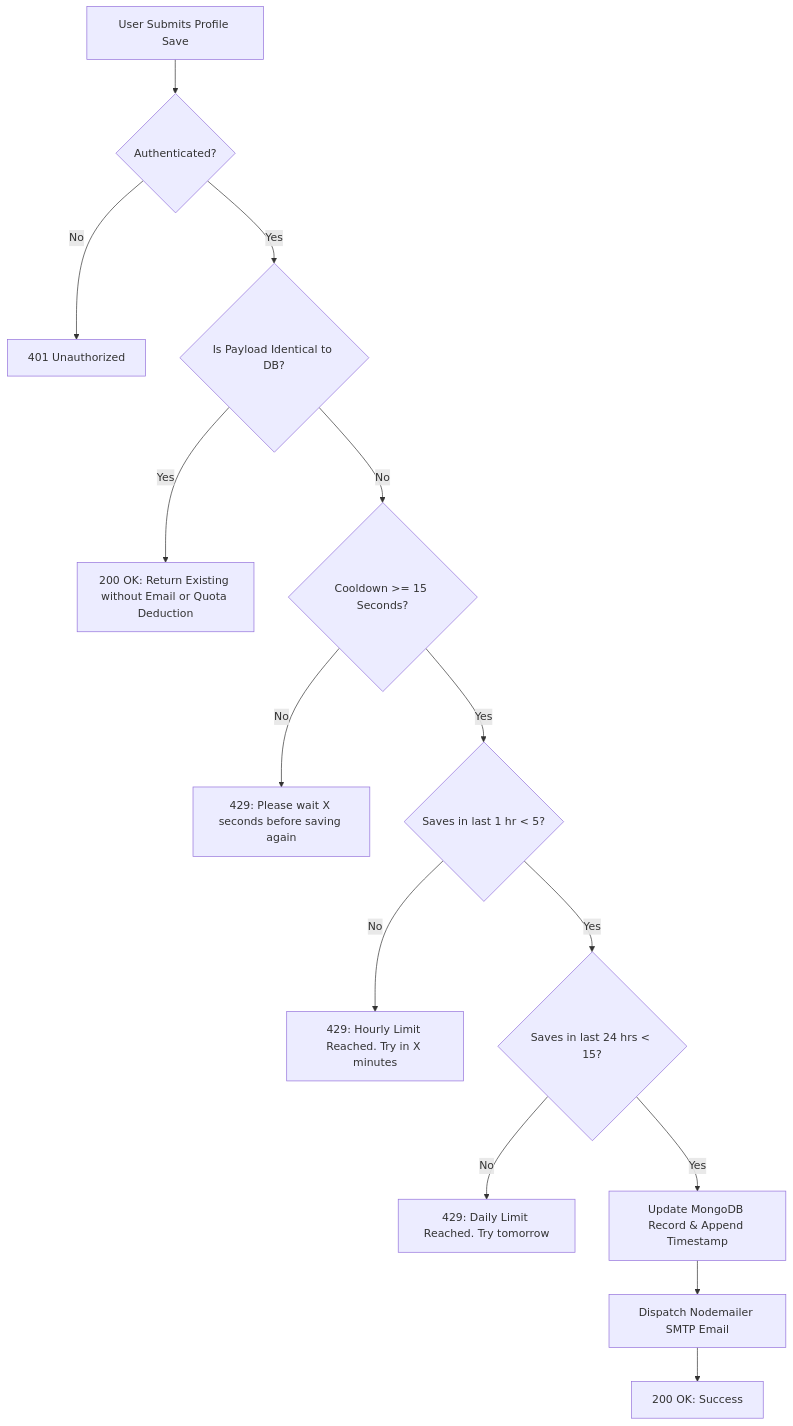
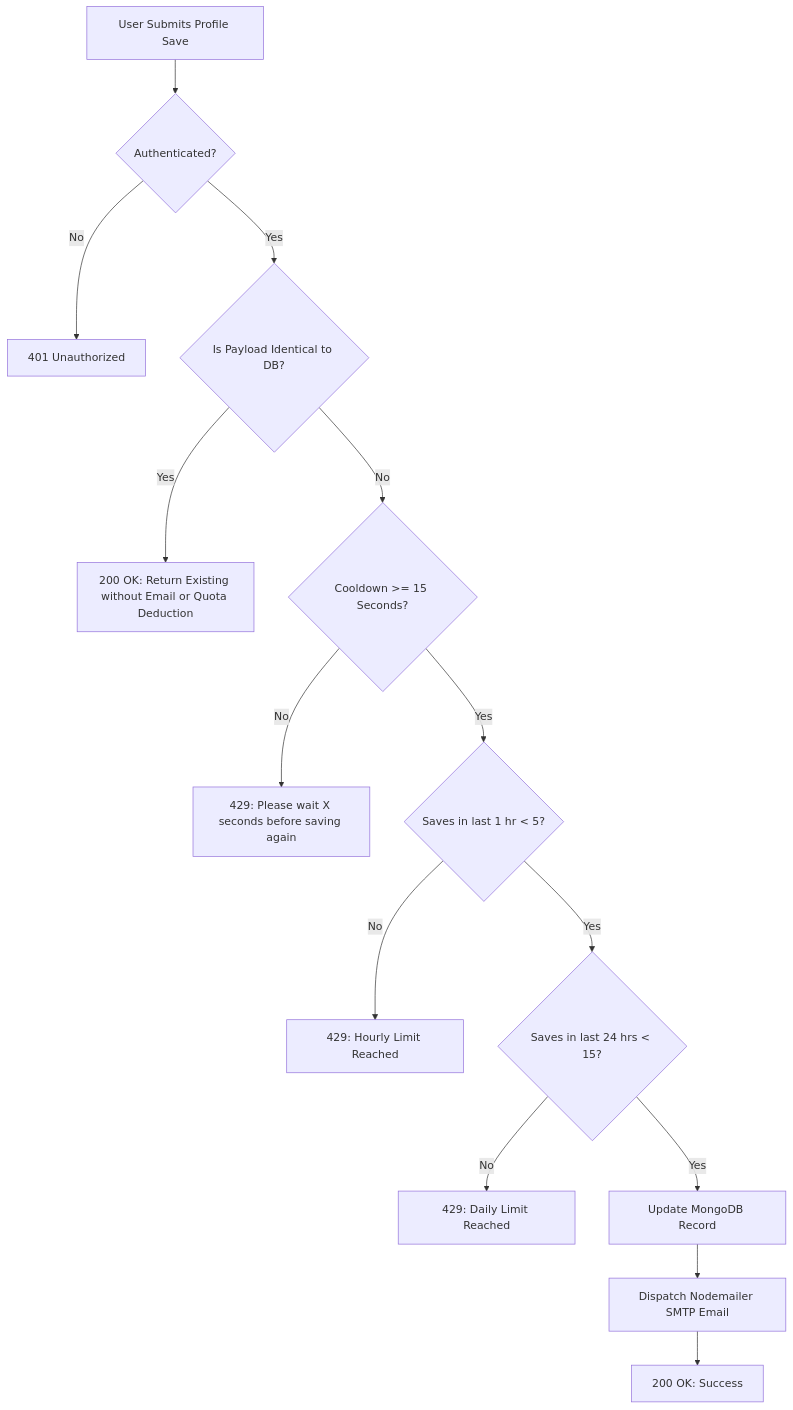
The second of 2 diagrams in DOCUMENTATION.md (apexkrishbackend/apexkrishcapital), drawn with Mermaid before and after one commit. The commit also changed other lines of this file and 1 other file, not shown here.

````diff
--- a/DOCUMENTATION.md
+++ b/DOCUMENTATION.md
@@ -362,16 +321,16 @@
 ```mermaid
 flowchart TD
     Req[User Submits Profile Save] --> AuthCheck{Authenticated?}
     AuthCheck -- No --> R401[401 Unauthorized]
     AuthCheck -- Yes --> DiffCheck{Is Payload Identical to DB?}
     DiffCheck -- Yes --> R200[200 OK: Return Existing without Email or Quota Deduction]
     DiffCheck -- No --> CDCheck{Cooldown >= 15 Seconds?}
     CDCheck -- No --> R429A[429: Please wait X seconds before saving again]
     CDCheck -- Yes --> HourlyCheck{Saves in last 1 hr < 5?}
-    HourlyCheck -- No --> R429B[429: Hourly Limit Reached. Try in X minutes]
+    HourlyCheck -- No --> R429B[429: Hourly Limit Reached]
     HourlyCheck -- Yes --> DailyCheck{Saves in last 24 hrs < 15?}
-    DailyCheck -- No --> R429C[429: Daily Limit Reached. Try tomorrow]
-    DailyCheck -- Yes --> SaveDB[Update MongoDB Record & Append Timestamp]
+    DailyCheck -- No --> R429C[429: Daily Limit Reached]
+    DailyCheck -- Yes --> SaveDB[Update MongoDB Record]
     SaveDB --> SendMail[Dispatch Nodemailer SMTP Email]
     SendMail --> Success[200 OK: Success]
 ```
````
